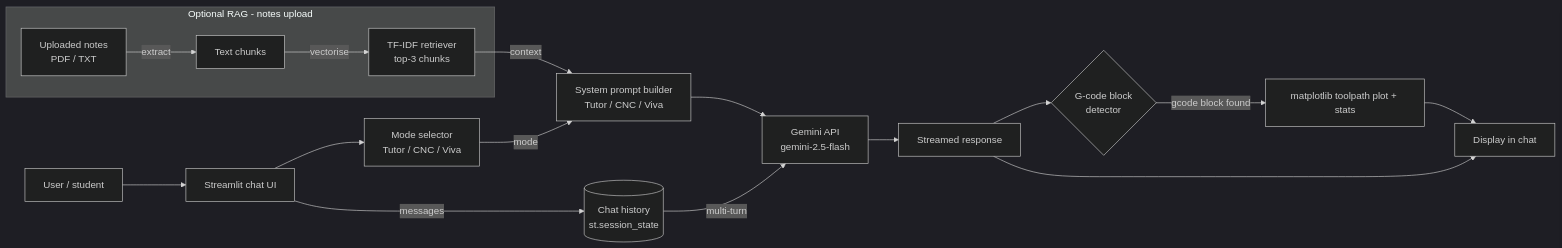
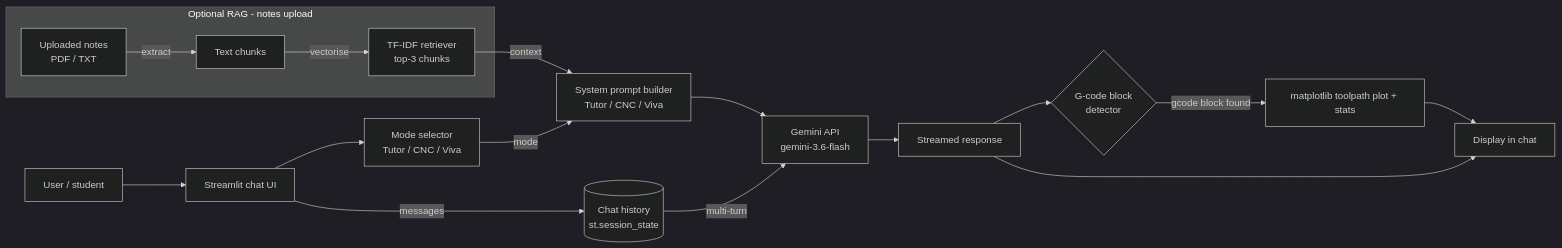
One commit to 4pp4/mechbot changed the diagram in README.md. Above: the diagram before and after it, drawn with Mermaid (dark theme). The commit also changed other lines of this file and 3 other files, not shown here.

First line of the commit message:
Switch to gemini-3.6-flash and harden Gemini error handling

````diff
--- a/README.md
+++ b/README.md
@@ -35,19 +35,19 @@
 ```mermaid
 flowchart LR
     U[User / student] --> UI[Streamlit chat UI]
     UI --> M[Mode selector<br/>Tutor / CNC / Viva]
     M -->|mode| P[System prompt builder<br/>Tutor / CNC / Viva]
     UI -->|messages| H[(Chat history<br/>st.session_state)]
     subgraph RAG [Optional RAG - notes upload]
         N[Uploaded notes<br/>PDF / TXT] -->|extract| C[Text chunks]
         C -->|vectorise| T[TF-IDF retriever<br/>top-3 chunks]
     end
     T -->|context| P
-    P --> G[Gemini API<br/>gemini-2.5-flash]
+    P --> G[Gemini API<br/>gemini-3.6-flash]
     H -->|multi-turn| G
     G --> R[Streamed response]
     R --> D{G-code block<br/>detector}
     D -->|gcode block found| PL[matplotlib toolpath plot + stats]
     R --> OUT[Display in chat]
     PL --> OUT
 ```
````
